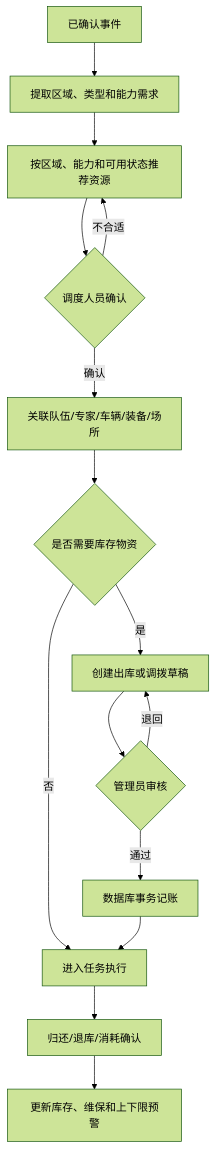
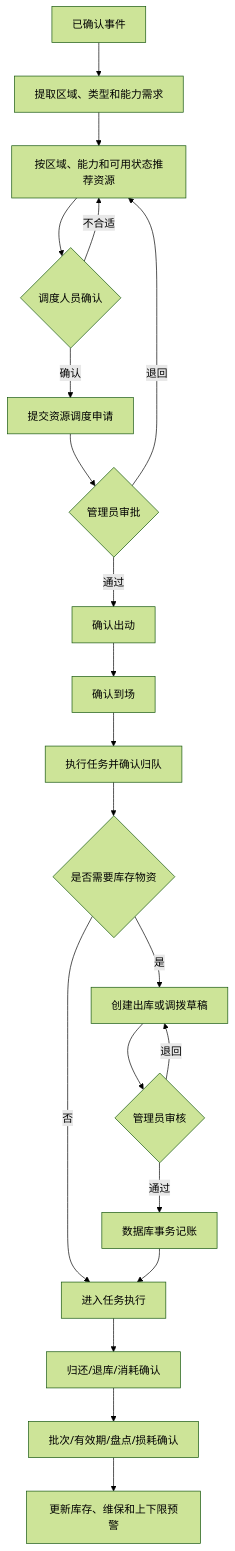
One commit to Robot-TZ/xihu-emergency-management-platform changed the fifth of 6 diagrams in docs/SOP.md. Above: the diagram before and after it, drawn with Mermaid (forest theme). The commit also changed other lines of this file and 16 other files, not shown here.

````diff
--- a/docs/SOP.md
+++ b/docs/SOP.md
@@ -149,17 +157,23 @@
 ```mermaid
 flowchart TD
     E[已确认事件] --> NEED[提取区域、类型和能力需求]
     NEED --> REC[按区域、能力和可用状态推荐资源]
     REC --> HUMAN{调度人员确认}
     HUMAN -- 不合适 --> REC
-    HUMAN -- 确认 --> RES[关联队伍/专家/车辆/装备/场所]
+    HUMAN -- 确认 --> APPLY[提交资源调度申请]
+    APPLY --> APPROVER{管理员审批}
+    APPROVER -- 退回 --> REC
+    APPROVER -- 通过 --> LEAVE[确认出动]
+    LEAVE --> ARRIVE[确认到场]
+    ARRIVE --> RES[执行任务并确认归队]
     RES --> STOCK{是否需要库存物资}
     STOCK -- 否 --> EXEC[进入任务执行]
     STOCK -- 是 --> OUT[创建出库或调拨草稿]
     OUT --> APPROVE{管理员审核}
     APPROVE -- 退回 --> OUT
     APPROVE -- 通过 --> POST[数据库事务记账]
     POST --> EXEC
     EXEC --> RETURN[归还/退库/消耗确认]
-    RETURN --> BALANCE[更新库存、维保和上下限预警]
+    RETURN --> COUNT[批次/有效期/盘点/损耗确认]
+    COUNT --> BALANCE[更新库存、维保和上下限预警]
 ```
````
